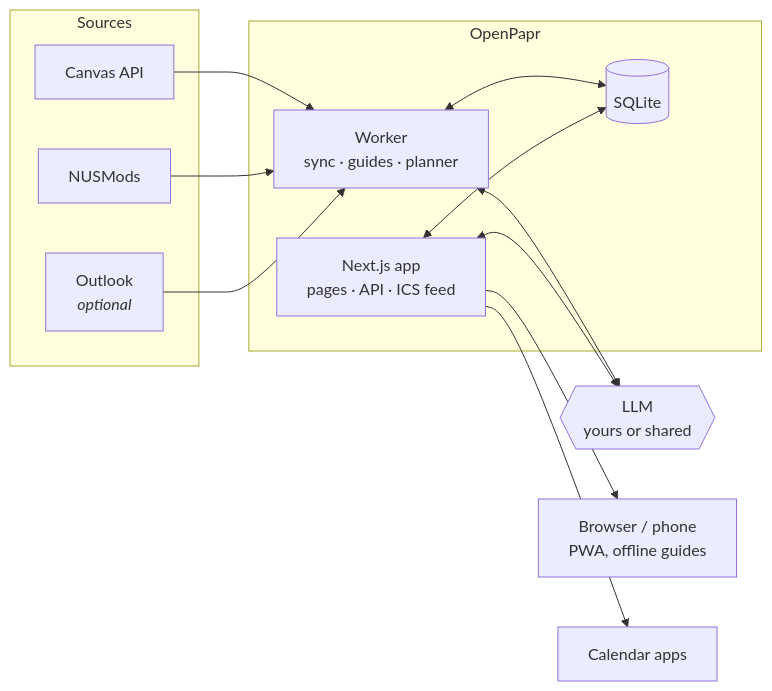
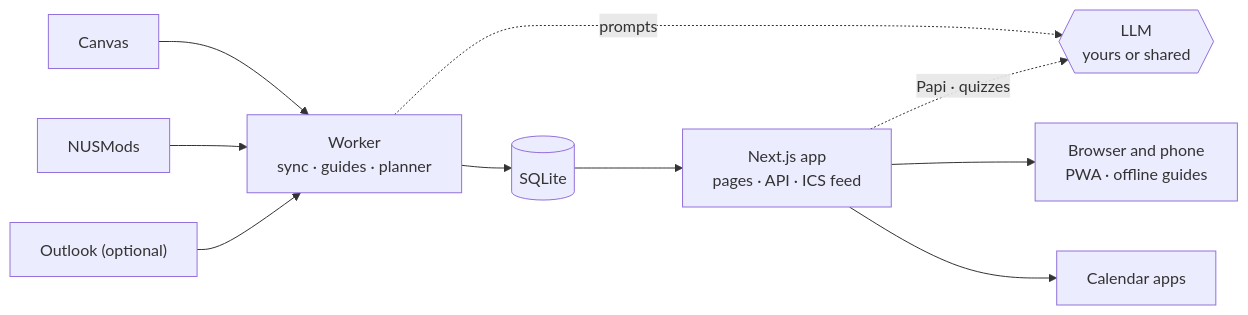
The diagram in README.md (mjykxz17/OpenPapr), drawn with Mermaid before and after one commit.

Commit message:
docs: simpler architecture diagram
Claude-Session: https://claude.ai/code/session_01XJjM4oz5bGULWYwdP15MpU

````diff
--- a/README.md
+++ b/README.md
@@ -275,23 +275,12 @@
 ```mermaid
 flowchart LR
-  subgraph Sources
-    C[Canvas API]
-    N[NUSMods]
-    O[Outlook<br/><i>optional</i>]
-  end
-  subgraph OpenPapr
-    W["Worker<br/>sync · guides · planner"]
-    DB[(SQLite)]
-    Web["Next.js app<br/>pages · API · ICS feed"]
-  end
-  L{{"LLM<br/>yours or shared"}}
-  C --> W
-  N --> W
-  O --> W
-  W <--> DB
-  Web <--> DB
-  W <--> L
-  Web <--> L
-  Web --> B["Browser / phone<br/>PWA, offline guides"]
+  C[Canvas] --> W
+  N[NUSMods] --> W
+  O["Outlook (optional)"] --> W
+  W["Worker<br/>sync · guides · planner"] --> DB[(SQLite)]
+  DB --> Web["Next.js app<br/>pages · API · ICS feed"]
+  W -. prompts .-> L{{"LLM<br/>yours or shared"}}
+  Web -. Papi · quizzes .-> L
+  Web --> B["Browser and phone<br/>PWA · offline guides"]
   Web --> K[Calendar apps]
 ```
````
